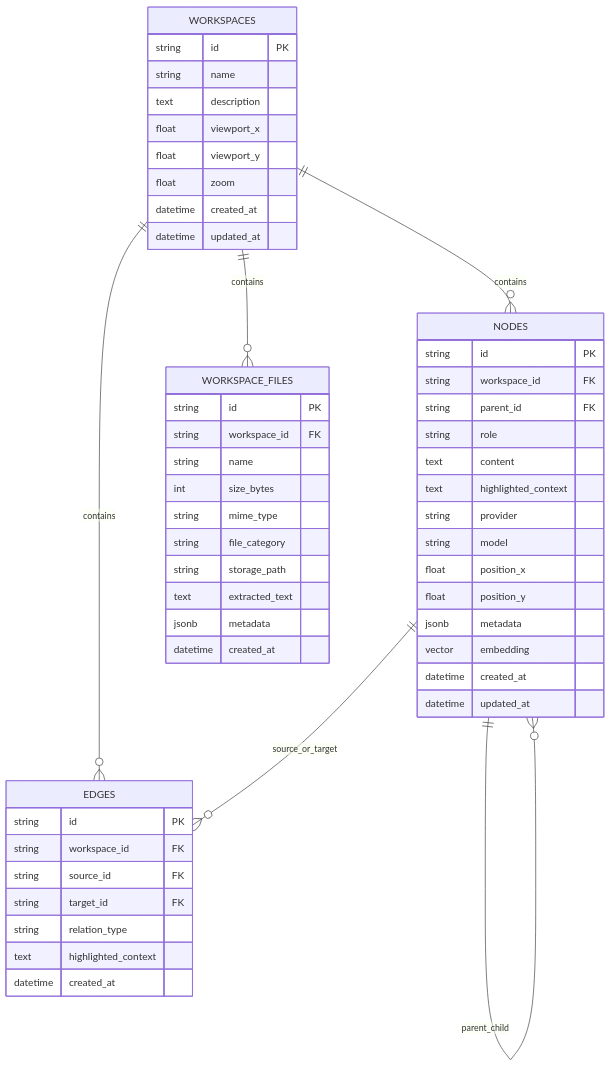
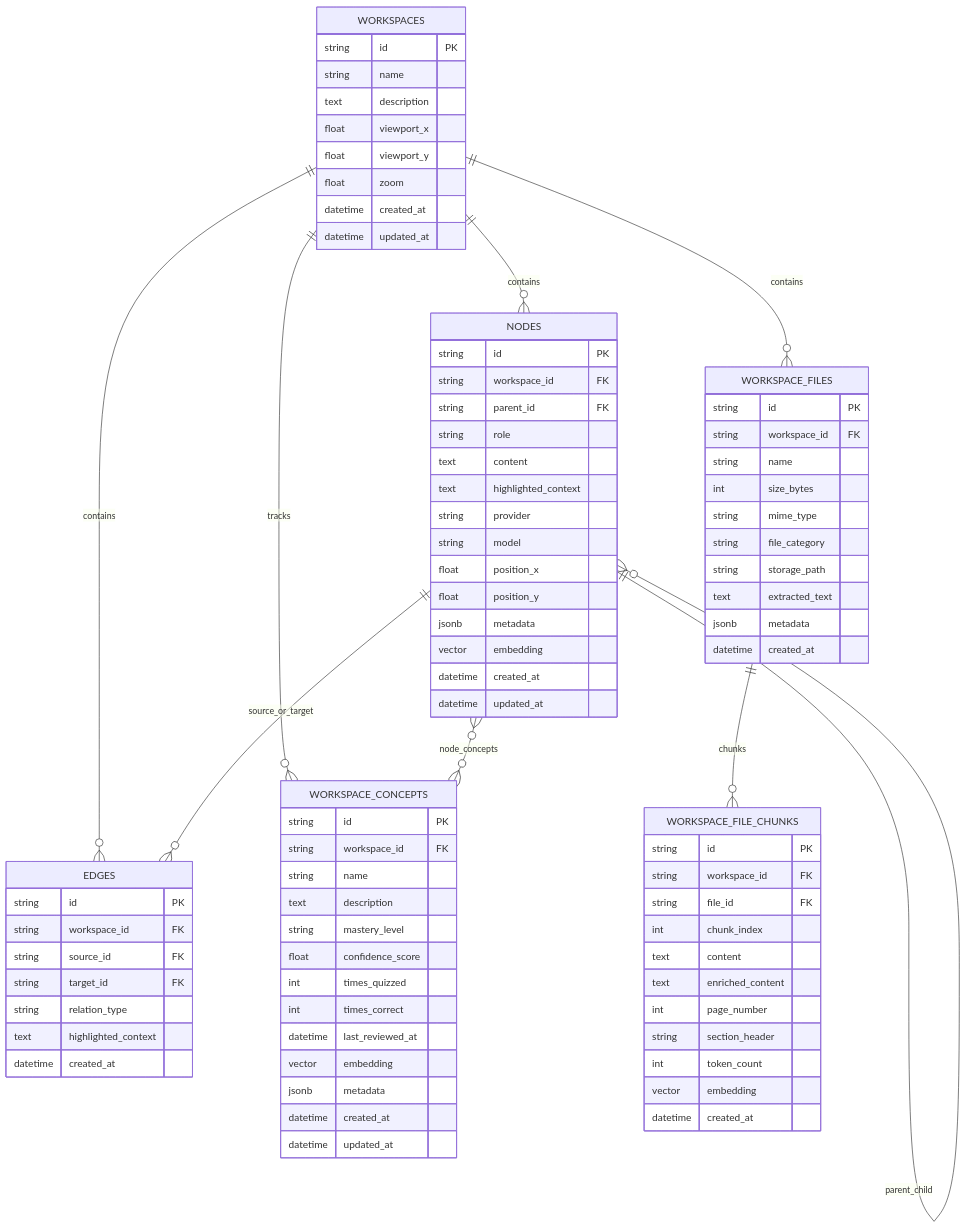
The second of 5 diagrams in docs/ARCHITECTURE.md (beingbalveer/GraphMind), drawn with Mermaid before and after one commit. The commit also changed other lines of this file and 5 other files, not shown here.

Commit message:
feat(docs): add contributor guide, updated architecture, video script, and rich multi-agent demo workspace (Task 6.5.2)

````diff
--- a/docs/ARCHITECTURE.md
+++ b/docs/ARCHITECTURE.md
@@ -95,8 +100,11 @@
     WORKSPACES ||--o{ NODES : contains
     WORKSPACES ||--o{ EDGES : contains
     WORKSPACES ||--o{ WORKSPACE_FILES : contains
+    WORKSPACES ||--o{ WORKSPACE_CONCEPTS : tracks
+    WORKSPACE_FILES ||--o{ WORKSPACE_FILE_CHUNKS : chunks
     NODES ||--o{ EDGES : source_or_target
     NODES ||--o{ NODES : parent_child
+    NODES }o--o{ WORKSPACE_CONCEPTS : node_concepts
 
     WORKSPACES {
         string id PK
@@ -136,6 +144,22 @@
         datetime created_at
     }
 
+    WORKSPACE_CONCEPTS {
+        string id PK
+        string workspace_id FK
+        string name
+        text description
+        string mastery_level
+        float confidence_score
+        int times_quizzed
+        int times_correct
+        datetime last_reviewed_at
+        vector embedding
+        jsonb metadata
+        datetime created_at
+        datetime updated_at
+    }
+
     WORKSPACE_FILES {
         string id PK
         string workspace_id FK
@@ -148,4 +172,18 @@
         jsonb metadata
         datetime created_at
     }
+
+    WORKSPACE_FILE_CHUNKS {
+        string id PK
+        string workspace_id FK
+        string file_id FK
+        int chunk_index
+        text content
+        text enriched_content
+        int page_number
+        string section_header
+        int token_count
+        vector embedding
+        datetime created_at
+    }
 ```
````
